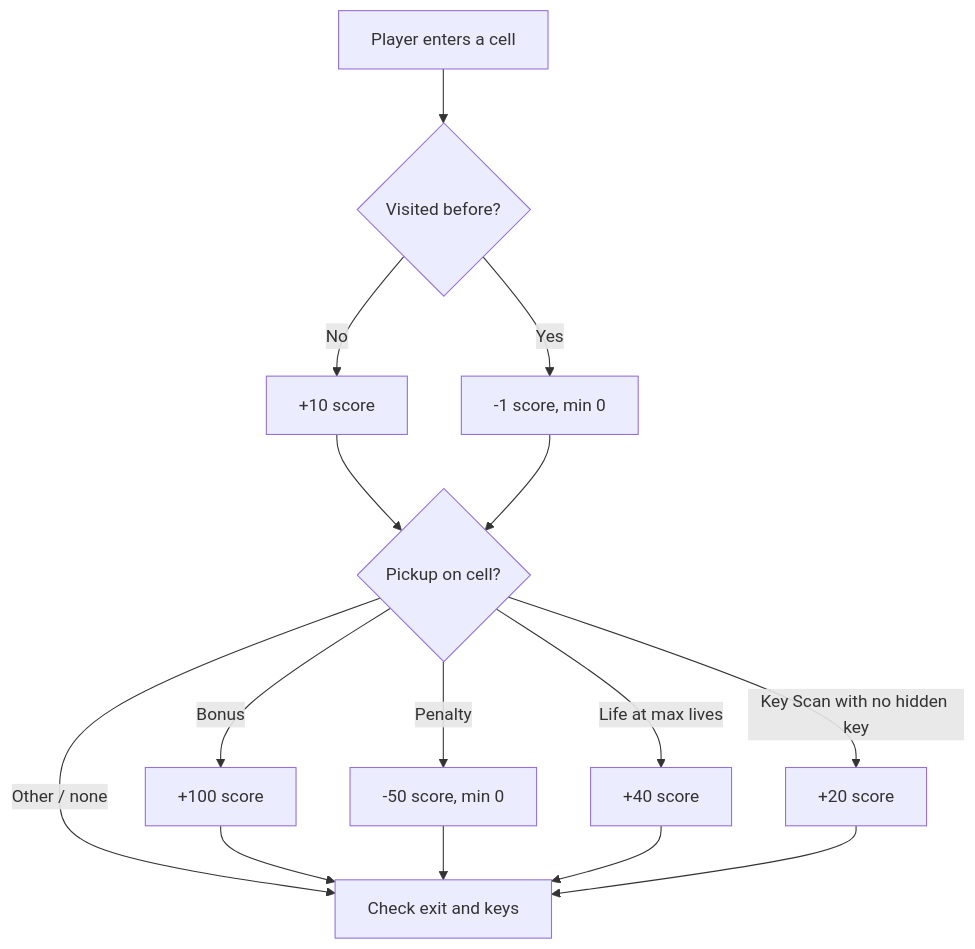
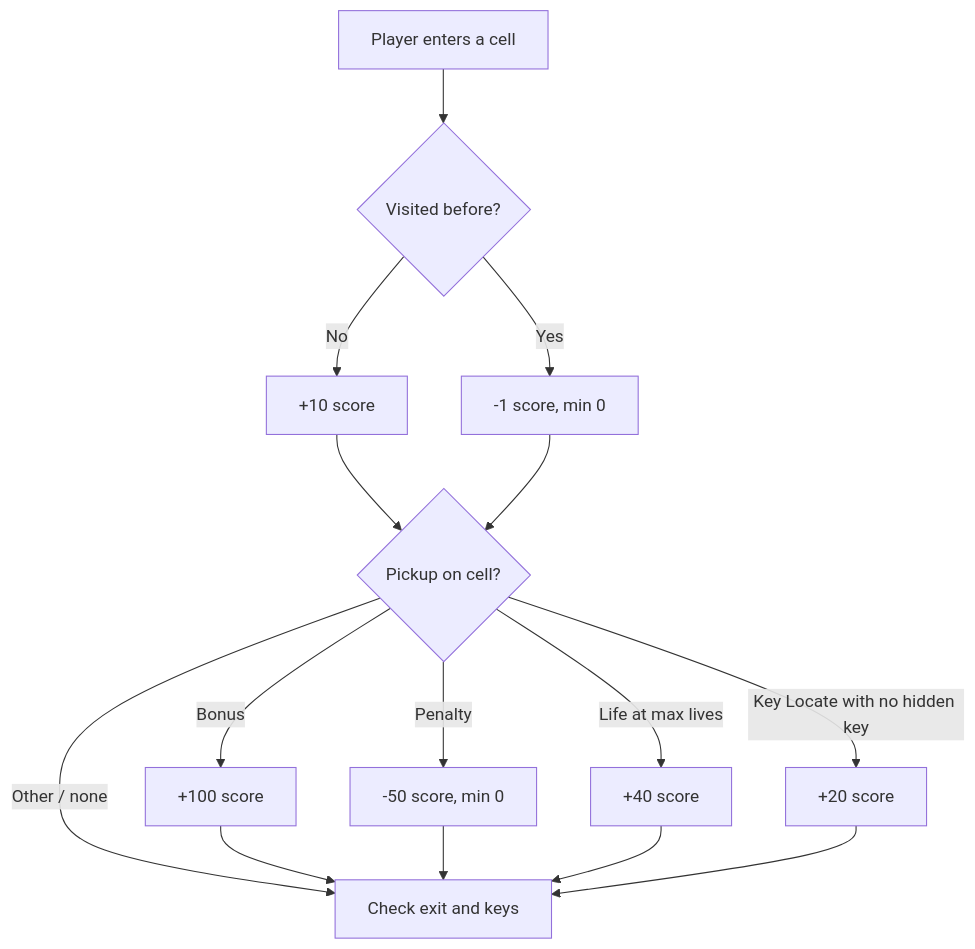
The first of 3 diagrams in README.md (Dmitriy-Romanov/laby), drawn with Mermaid before and after one commit. The commit also changed other lines of this file and 17 other files, not shown here.

````diff
--- a/README.md
+++ b/README.md
@@ -139,17 +141,17 @@
 ```mermaid
 flowchart TD
     Step["Player enters a cell"] --> Seen{"Visited before?"}
     Seen -->|No| NewCell["+10 score"]
     Seen -->|Yes| Revisit["-1 score, min 0"]
     NewCell --> Pickup{"Pickup on cell?"}
     Revisit --> Pickup
     Pickup -->|Bonus| Bonus["+100 score"]
     Pickup -->|Penalty| Penalty["-50 score, min 0"]
     Pickup -->|Life at max lives| LifeBonus["+40 score"]
-    Pickup -->|Key Scan with no hidden key| ScanBonus["+20 score"]
+    Pickup -->|Key Locate with no hidden key| ScanBonus["+20 score"]
     Pickup -->|Other / none| ExitCheck["Check exit and keys"]
     Bonus --> ExitCheck
     Penalty --> ExitCheck
     LifeBonus --> ExitCheck
     ScanBonus --> ExitCheck
 ```
````
